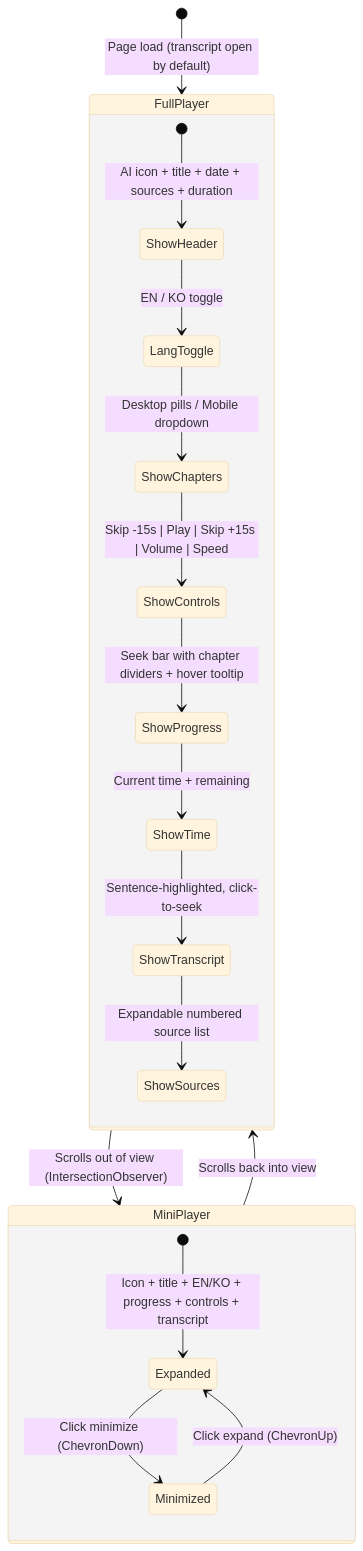
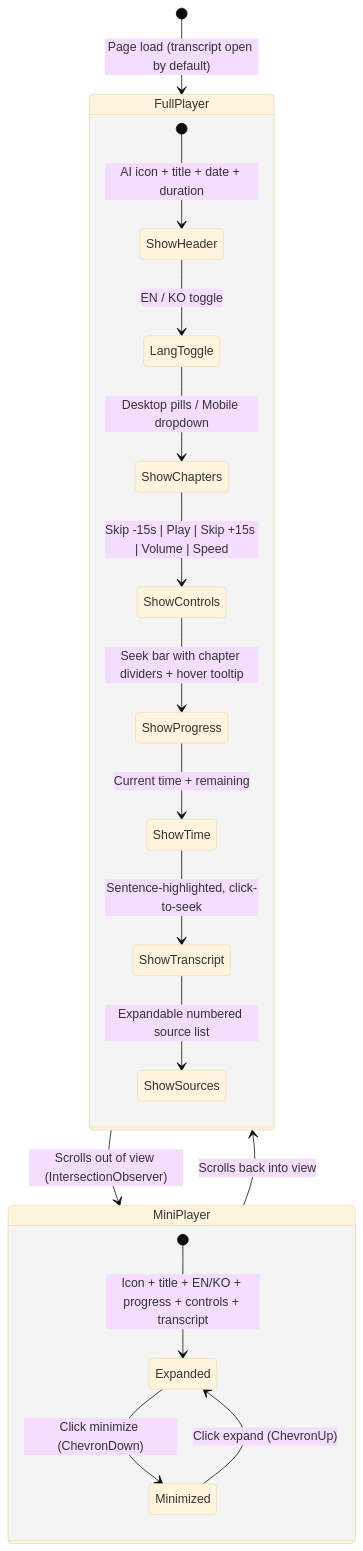
One commit to choym92/araverus changed the fourth of 6 diagrams in docs/2-news-frontend.md. Above: the diagram before and after it, drawn with Mermaid (base theme). The commit also changed other lines of this file and 7 other files, not shown here.

````diff
--- a/docs/2-news-frontend.md
+++ b/docs/2-news-frontend.md
@@ -433,24 +437,24 @@
 ```mermaid
 stateDiagram-v2
     [*] --> FullPlayer: Page load (transcript open by default)
 
     state FullPlayer {
-        [*] --> ShowHeader: AI icon + title + date + sources + duration
+        [*] --> ShowHeader: AI icon + title + date + duration
         ShowHeader --> LangToggle: EN / KO toggle
         LangToggle --> ShowChapters: Desktop pills / Mobile dropdown
         ShowChapters --> ShowControls: Skip -15s | Play | Skip +15s | Volume | Speed
         ShowControls --> ShowProgress: Seek bar with chapter dividers + hover tooltip
         ShowProgress --> ShowTime: Current time + remaining
         ShowTime --> ShowTranscript: Sentence-highlighted, click-to-seek
         ShowTranscript --> ShowSources: Expandable numbered source list
     }
 
     FullPlayer --> MiniPlayer: Scrolls out of view (IntersectionObserver)
     MiniPlayer --> FullPlayer: Scrolls back into view
 
     state MiniPlayer {
         [*] --> Expanded: Icon + title + EN/KO + progress + controls + transcript
         Expanded --> Minimized: Click minimize (ChevronDown)
         Minimized --> Expanded: Click expand (ChevronUp)
     }
 ```
````
